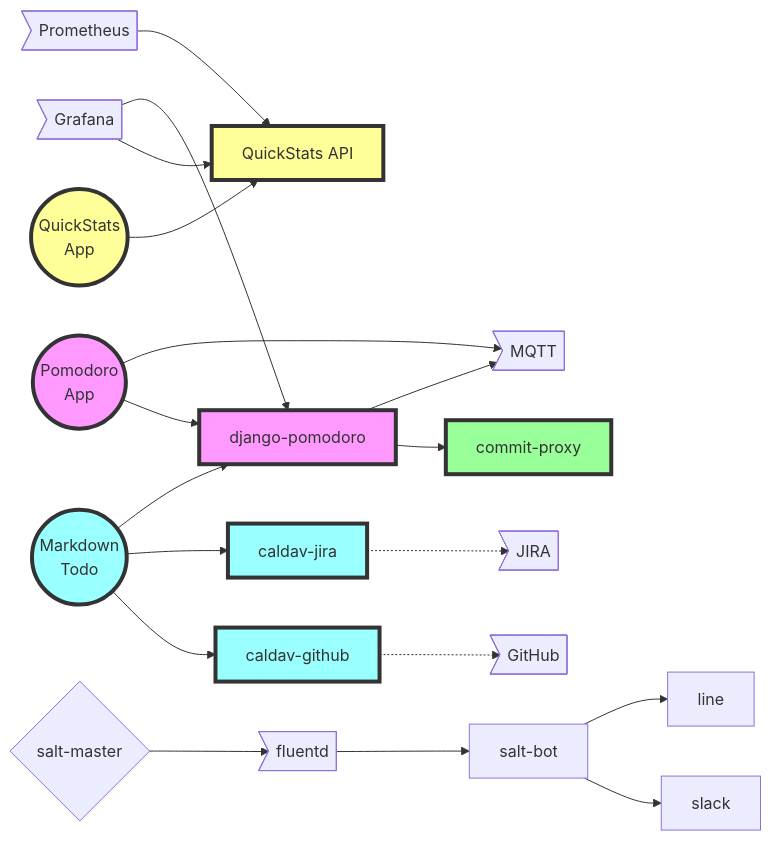
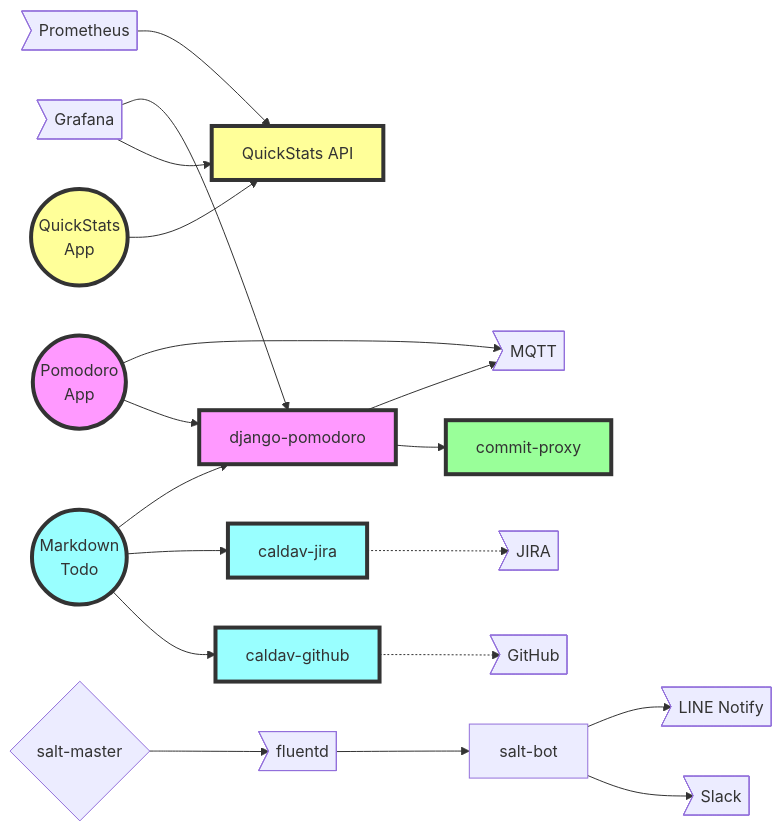
Before and after one commit to kfdm/ideas.paultraylor.dev: the diagram in content/ideas/mindmap.md, drawn with Mermaid. The commit also changed other lines of this file and 2 other files, not shown here.

````diff
--- a/content/ideas/mindmap.md
+++ b/content/ideas/mindmap.md
@@ -16,64 +17,68 @@
 ```mermaid
 graph LR
 
 ios-pomodoro((<center>Pomodoro<br>App</center>))
 ios-quickstats((<center>QuickStats<br>App</center>))
 ios-todo((<center>Markdown<br>Todo</center>))
 salt-master{salt-master}
 
 mqtt>MQTT]
 grafana>Grafana]
 prometheus>Prometheus]
 github>GitHub]
 jira>JIRA]
 fluentd>fluentd]
+line>LINE Notify]
+slack>Slack]
 
 quickstats-django[QuickStats API]
 
 caldav-github-.->github
 caldav-jira-.->jira
 django-pomodoro-->commit-proxy
 django-pomodoro-->mqtt
 ios-pomodoro-->django-pomodoro
 ios-pomodoro-->mqtt
 ios-quickstats-->quickstats-django
 ios-todo-->caldav-github
 ios-todo-->caldav-jira
 ios-todo-->django-pomodoro
 
 prometheus-->quickstats-django
 grafana-->quickstats-django
 grafana-->django-pomodoro
 
 salt-master-->fluentd
 fluentd-->salt-bot
 salt-bot-->slack
 salt-bot-->line
 
 
 click ios-pomodoro "https://github.com/kfdm/ios-pomodoro"
 click ios-quickstats "https://github.com/quickstats/ios-quickstats"
 click mqtt "https://ideas.paultraylor.dev/tags/mqtt"
 click quickstats-django "https://github.com/quickstats/quickstats-django"
 click commit-proxy "https://github.com/kfdm/commit-proxy"
 click github "https://developer.github.com/v3/"
 click jira "https://developer.atlassian.com/cloud/jira/platform/rest/v3/"
 click prometheus "https://prometheus.io"
 click grafana "https://grafana.net"
+click line "https://notify-bot.line.me/"
+click slack "https://slack.dev/"
 
 classDef pomodoro-project fill:#f9f,stroke:#333,stroke-width:4px;
 class ios-pomodoro,django-pomodoro pomodoro-project
 
 classDef stats-project fill:#ff9,stroke:#333,stroke-width:4px;
 class ios-quickstats,quickstats-django stats-project
 
 classDef todo-project fill:#9ff,stroke:#333,stroke-width:4px;
 class ios-todo todo-project
 class caldav-github todo-project
 class caldav-jira todo-project
 
 classDef git-project fill:#9f9,stroke:#333,stroke-width:4px;
 class commit-proxy git-project
 
 class quickstats-django personal-project
 ```
````
